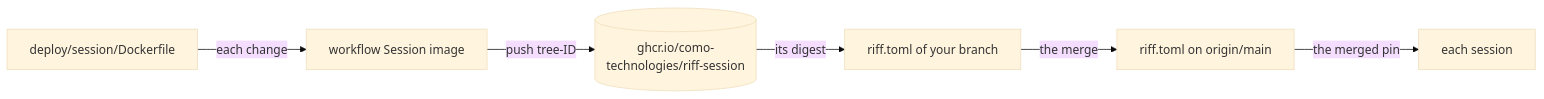
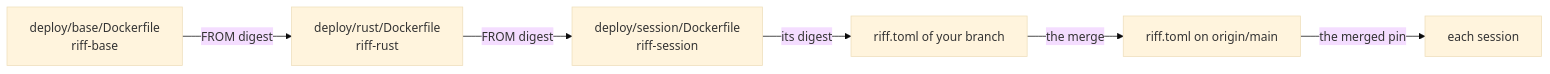
The seventh of 48 diagrams in docs/src/development.md (como-technologies/riff), drawn with Mermaid (base theme) before and after one commit. The commit also changed other lines of this file and 28 other files, not shown here.

First line of the commit message:
A public base image of riff, riff-base, and riff-rust: each project builds its image FROM one and adds its toolchain (#1469)

````diff
--- a/docs/src/development.md
+++ b/docs/src/development.md
@@ -515,8 +517,8 @@
 ```mermaid
 flowchart LR
-    D["deploy/session/Dockerfile"] -- "each change" --> W["workflow Session image"]
-    W -- "push tree-ID" --> G[("ghcr.io/como-technologies/riff-session")]
-    G -- "its digest" --> T["riff.toml of your branch"]
+    B["deploy/base/Dockerfile<br/>riff-base"] -- "FROM digest" --> R["deploy/rust/Dockerfile<br/>riff-rust"]
+    R -- "FROM digest" --> S["deploy/session/Dockerfile<br/>riff-session"]
+    S -- "its digest" --> T["riff.toml of your branch"]
     T -- "the merge" --> M["riff.toml on origin/main"]
-    M -- "the merged pin" --> S["each session"]
+    M -- "the merged pin" --> E["each session"]
 ```
````
